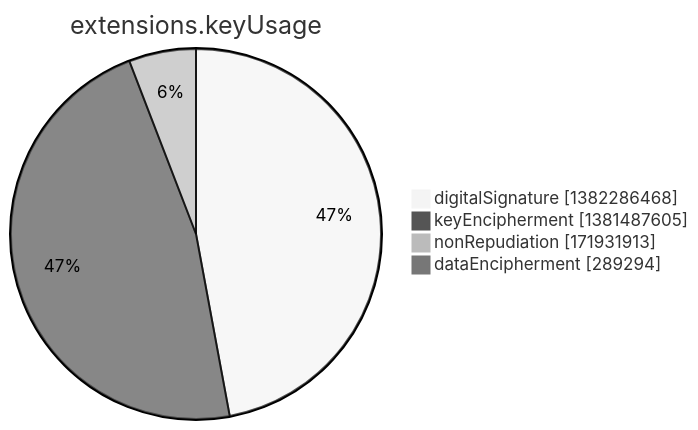
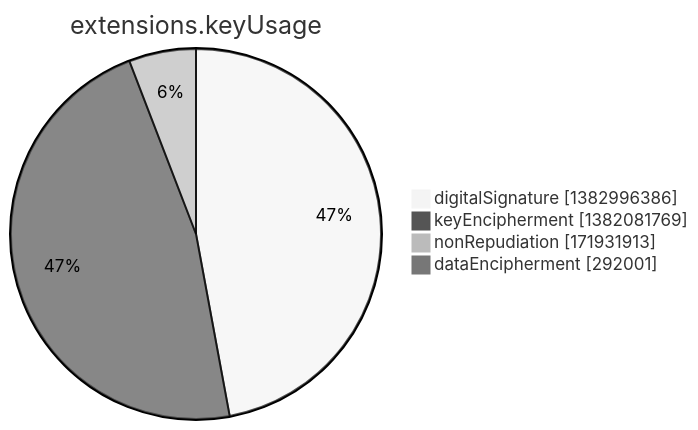
Before and after one commit to christiankrug/ctmonitor_visualization: the seventh of 15 diagrams in argon2022/README.md, drawn with Mermaid (neutral theme). The commit also changed other lines of this file, not shown here.

````diff
--- a/argon2022/README.md
+++ b/argon2022/README.md
@@ -2751,8 +2751,8 @@
 ```mermaid
 pie showData
 title extensions.keyUsage
-"digitalSignature" :1382286468
-"keyEncipherment" :1381487605
+"digitalSignature" :1382996386
+"keyEncipherment" :1382081769
 "nonRepudiation" :171931913
-"dataEncipherment" :289294
+"dataEncipherment" :292001
 ```
````
